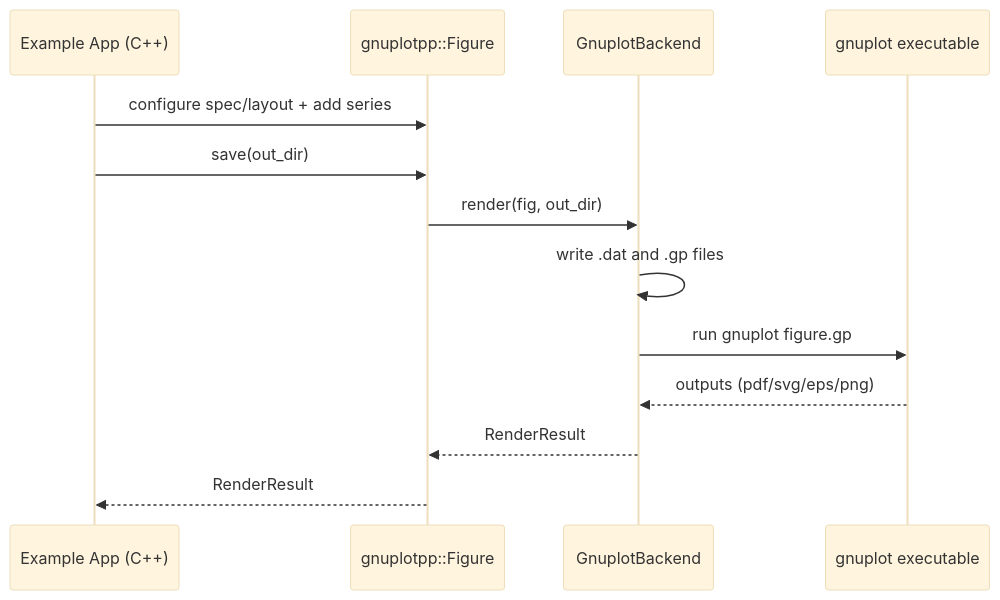
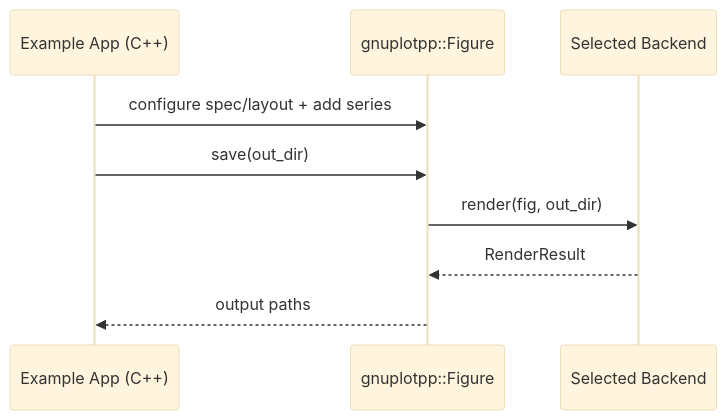
One commit to watsonryan/gnuplotpp changed the second of 2 diagrams in README.md. Above: the diagram before and after it, drawn with Mermaid (base theme). The commit also changed other lines of this file and 6 other files, not shown here.

Commit message:
Add native SVG backend and auto fallback when gnuplot is unavailable

````diff
--- a/README.md
+++ b/README.md
@@ -27,16 +29,12 @@
 ```mermaid
 sequenceDiagram
   participant App as Example App (C++)
   participant Fig as gnuplotpp::Figure
-  participant Be as GnuplotBackend
-  participant Gp as gnuplot executable
+  participant Be as Selected Backend
 
   App->>Fig: configure spec/layout + add series
   App->>Fig: save(out_dir)
   Fig->>Be: render(fig, out_dir)
-  Be->>Be: write .dat and .gp files
-  Be->>Gp: run gnuplot figure.gp
-  Gp-->>Be: outputs (pdf/svg/eps/png)
   Be-->>Fig: RenderResult
-  Fig-->>App: RenderResult
+  Fig-->>App: output paths
 ```
````
